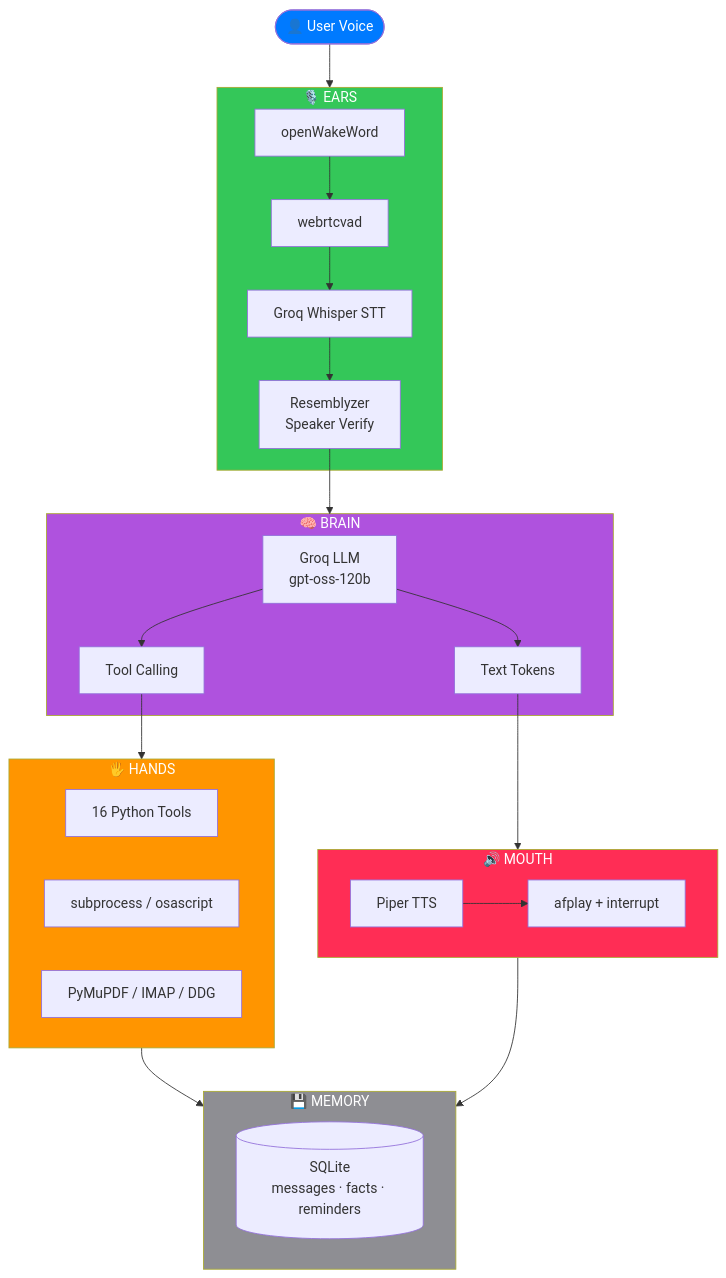
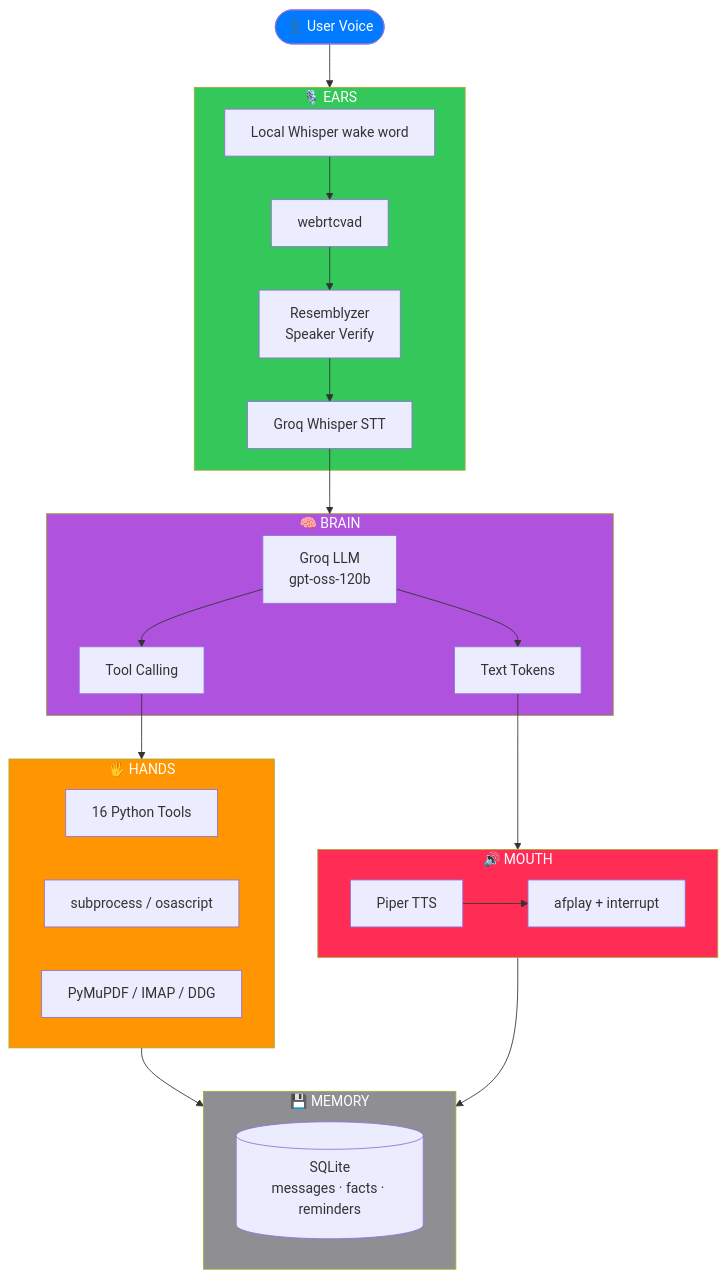
The diagram in README.md (Ramo212121/remy-assistant), drawn with Mermaid before and after one commit. The commit also changed other lines of this file and 1 other file, not shown here.

````diff
--- a/README.md
+++ b/README.md
@@ -83,46 +82,46 @@
 ```mermaid
 flowchart TD
     User([👤 User Voice]) --> Ears
 
     subgraph Ears[🎙️ EARS]
-        WW[openWakeWord] --> VAD[webrtcvad]
-        VAD --> Whisper[Groq Whisper STT]
-        Whisper --> RS[Resemblyzer<br/>Speaker Verify]
+        WW[Local Whisper wake word] --> VAD[webrtcvad]
+        VAD --> RS[Resemblyzer<br/>Speaker Verify]
+        RS --> Whisper[Groq Whisper STT]
     end
 
-    RS --> Brain
+    Whisper --> Brain
 
     subgraph Brain[🧠 BRAIN]
         LLM[Groq LLM<br/>gpt-oss-120b]
         LLM --> TC[Tool Calling]
         LLM --> TK[Text Tokens]
     end
 
     TC --> Hands
     TK --> Mouth
 
     subgraph Hands[🖐️ HANDS]
         T1[16 Python Tools]
         T2[subprocess / osascript]
         T3[PyMuPDF / IMAP / DDG]
     end
 
     subgraph Mouth[🔊 MOUTH]
         Piper[Piper TTS]
         Piper --> AF[afplay + interrupt]
     end
 
     Hands --> Memory
     Mouth --> Memory
 
     subgraph Memory[💾 MEMORY]
         DB[(SQLite<br/>messages · facts · reminders)]
     end
 
     style User fill:#007AFF,color:#fff
     style Ears fill:#34C759,color:#fff
     style Brain fill:#AF52DE,color:#fff
     style Hands fill:#FF9500,color:#fff
     style Mouth fill:#FF2D55,color:#fff
     style Memory fill:#8E8E93,color:#fff
 ```
````
